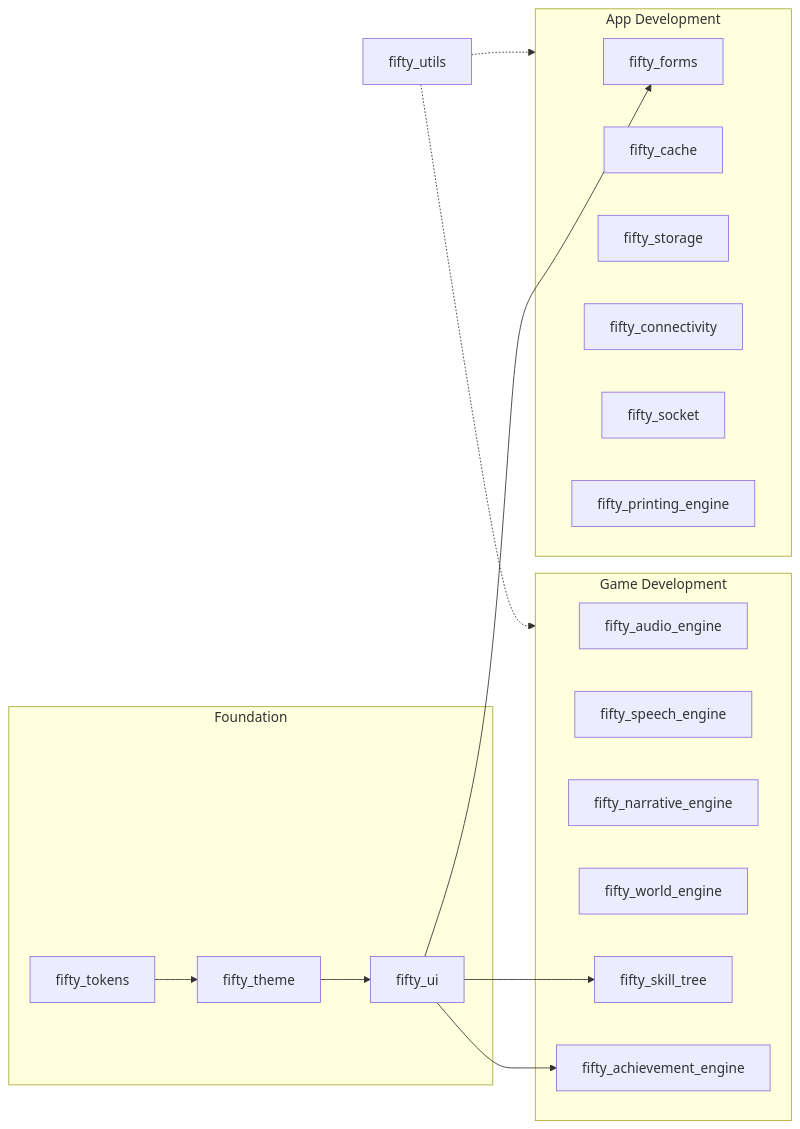
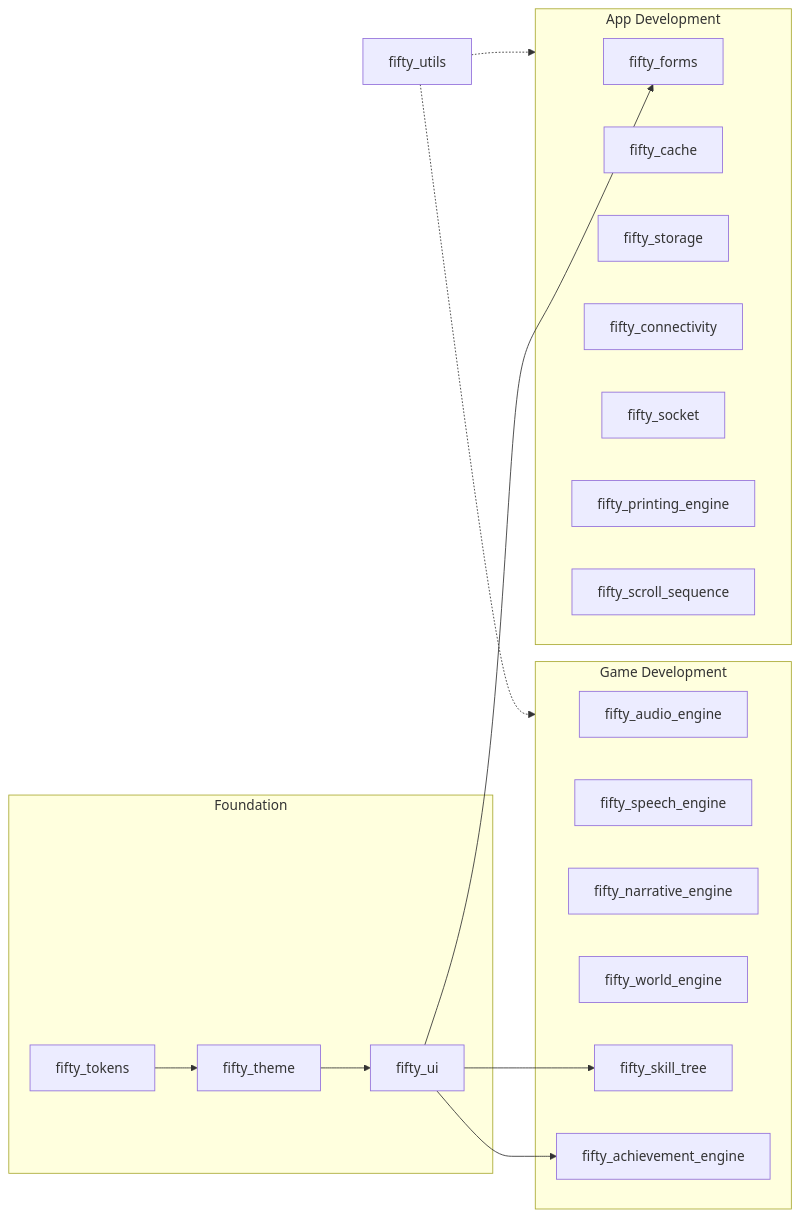
One commit to fiftynotai/fifty_flutter_kit changed the diagram in README.md. Above: the diagram before and after it, drawn with Mermaid. The commit also changed other lines of this file and 1 other file, not shown here.

First line of the commit message:
docs: add fifty_scroll_sequence to README, rewrite social media campaign

````diff
--- a/README.md
+++ b/README.md
@@ -139,28 +143,29 @@
 ```mermaid
 graph LR
     subgraph Foundation
         tokens[fifty_tokens] --> theme[fifty_theme] --> ui[fifty_ui]
     end
     subgraph AppDev[App Development]
         forms[fifty_forms]
         cache[fifty_cache]
         storage[fifty_storage]
         connectivity[fifty_connectivity]
         socket[fifty_socket]
         printing[fifty_printing_engine]
+        scroll[fifty_scroll_sequence]
     end
     subgraph GameDev[Game Development]
         audio[fifty_audio_engine]
         speech[fifty_speech_engine]
         narrative[fifty_narrative_engine]
         world[fifty_world_engine]
         skill_tree[fifty_skill_tree]
         achievements[fifty_achievement_engine]
     end
     utils[fifty_utils]
     ui --> forms
     ui --> skill_tree
     ui --> achievements
     utils -.-> AppDev
     utils -.-> GameDev
 ```
````
